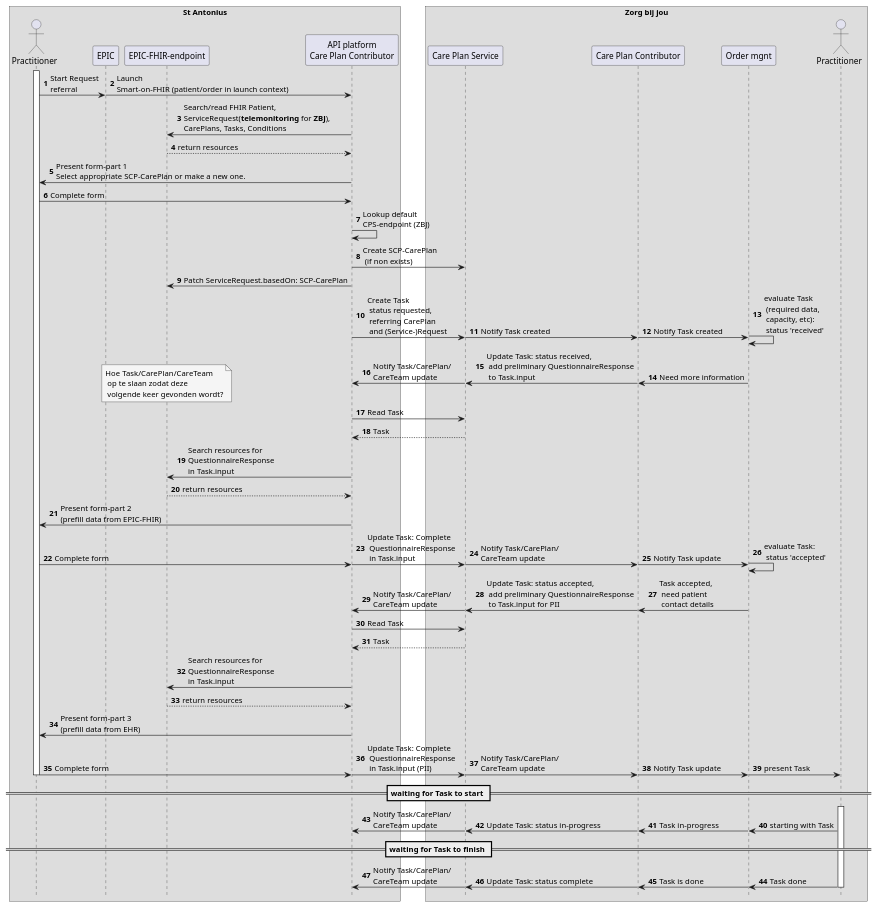
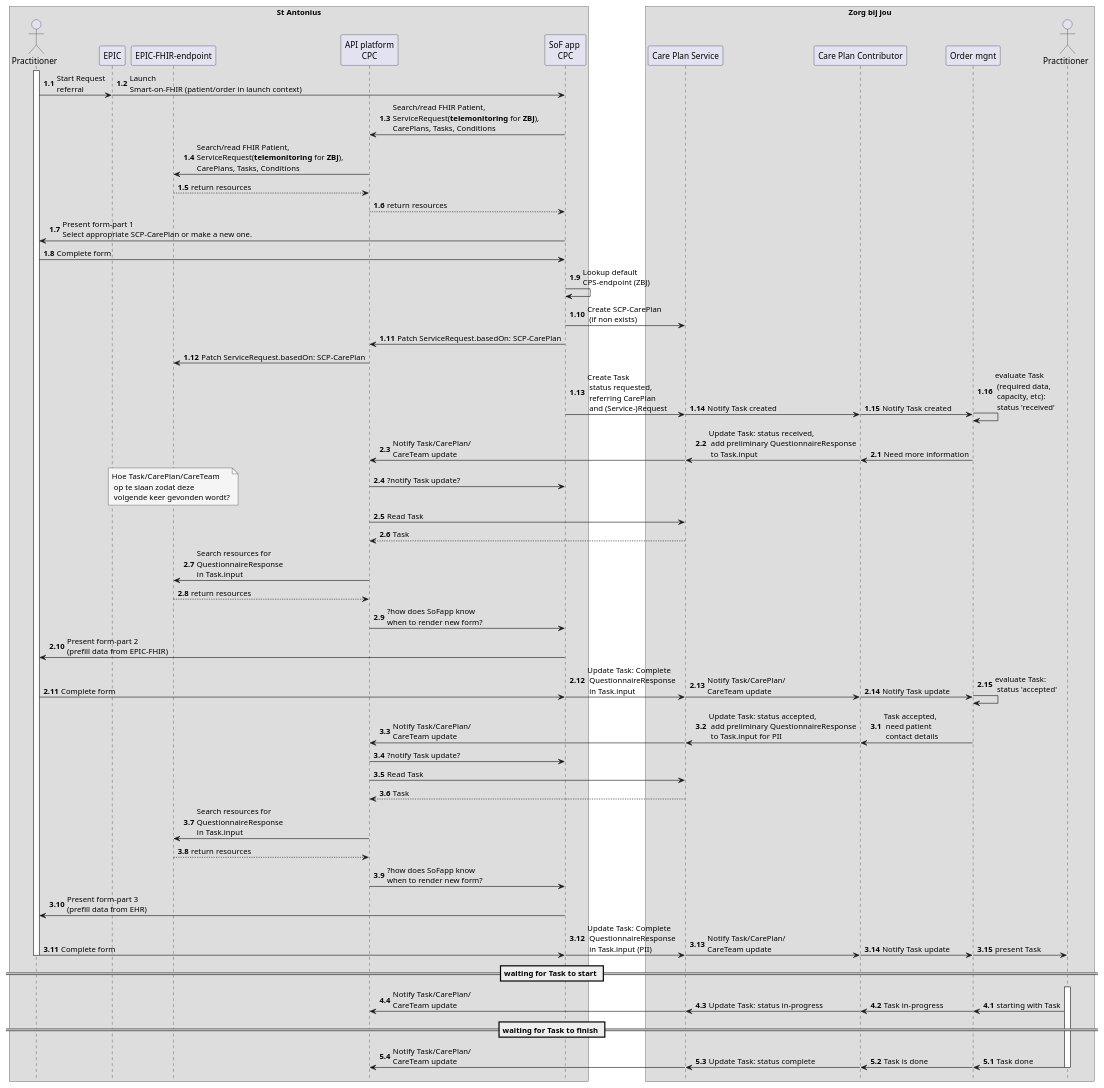
One commit to SanteonNL/shared-care-planning changed the diagram in input/images-source/task-negotiation-overview-1-2-antonius.plantuml. Above: the diagram before and after it, drawn with PlantUML.

Commit message:
inserted participant "SoF app"

```diff
--- a/input/images-source/task-negotiation-overview-1-2-antonius.plantuml
+++ b/input/images-source/task-negotiation-overview-1-2-antonius.plantuml
@@ -1,90 +1,108 @@
 @startuml task-negotiation-overview-1-2
-autonumber
+
 !pragma teoz true
 
 box St Antonius
     actor "Practitioner" as Practitioner1
     participant "EPIC" as EHR1
     participant "EPIC-FHIR-endpoint" as FHIR1
-    participant "API platform\nCare Plan Contributor" as CPC1
+    participant "API platform\nCPC" as CPC1
+    participant "SoF app \nCPC" as SoFapp
 end box
 box Zorg bij jou
     participant "Care Plan Service" as CPS
     participant "Care Plan Contributor" as CPC2
     participant "Order mgnt" as EHR2
     actor "Practitioner" as Practitioner2
 end box
 
 hide footbox
 
+autonumber 1.1
+
 activate Practitioner1
 Practitioner1 -> EHR1 : Start Request\nreferral
-&EHR1 -> CPC1 : Launch\nSmart-on-FHIR (patient/order in launch context)
-
+&EHR1 -> SoFapp : Launch\nSmart-on-FHIR (patient/order in launch context)
+SoFapp -> CPC1 : Search/read FHIR Patient,\nServiceRequest(**telemonitoring** for **ZBJ**),\nCarePlans, Tasks, Conditions 
 CPC1 -> FHIR1 : Search/read FHIR Patient,\nServiceRequest(**telemonitoring** for **ZBJ**),\nCarePlans, Tasks, Conditions
 FHIR1 --> CPC1 : return resources
-CPC1 -> Practitioner1 : <color #black>Present form-part 1\nSelect appropriate SCP-CarePlan or make a new one.
+CPC1 --> SoFapp : return resources
+SoFapp -> Practitioner1 : <color #black>Present form-part 1\nSelect appropriate SCP-CarePlan or make a new one.
 
-Practitioner1 -> CPC1 : <color #black>Complete form
+Practitioner1 -> SoFapp : <color #black>Complete form
 
-CPC1 -> CPC1 : Lookup default\nCPS-endpoint (ZBJ)
-CPC1 -> CPS : Create SCP-CarePlan\n (if non exists)
+SoFapp -> SoFapp : Lookup default\nCPS-endpoint (ZBJ)
+SoFapp -> CPS : Create SCP-CarePlan\n (if non exists)
+SoFapp -> CPC1 : Patch ServiceRequest.basedOn: SCP-CarePlan
 CPC1 -> FHIR1 : Patch ServiceRequest.basedOn: SCP-CarePlan
 
-CPC1 -> CPS : Create Task\n status requested,\n referring CarePlan\n and (Service-)Request
+SoFapp -> CPS : Create Task\n status requested,\n referring CarePlan\n and (Service-)Request
 & CPS -> CPC2  : Notify Task created
 & CPC2 -> EHR2  : Notify Task created
 & EHR2 -> EHR2 : <color #black>evaluate Task\n <color #black>(required data,\n <color #black>capacity, etc):\n <color #black>status 'received'
 
+autonumber inc a
 
 EHR2 -> CPC2 : <color #black>Need more information
 & CPC2 -> CPS  : <color #black>Update Task: status received,\n <color #black>add preliminary QuestionnaireResponse\n <color #black>to Task.input
 & CPS -> CPC1 : <color #black>Notify Task/CarePlan/\nCareTeam update
+CPC1 -> SoFapp : ?notify Task update?
 & note over FHIR1 #WhiteSmoke
 Hoe Task/CarePlan/CareTeam 
  op te slaan zodat deze 
  volgende keer gevonden wordt?
 end note
 CPC1 -> CPS : Read Task
 CPS --> CPC1 : Task
 CPC1 -> FHIR1 : Search resources for\nQuestionnaireResponse\nin Task.input
 FHIR1 --> CPC1 : return resources
+CPC1 -> SoFapp : ?how does SoFapp know \nwhen to render new form?
 
-CPC1 -> Practitioner1 : <color #black>Present form-part 2\n<color #black>(prefill data from EPIC-FHIR)
+SoFapp -> Practitioner1 : <color #black>Present form-part 2\n<color #black>(prefill data from EPIC-FHIR)
 
-Practitioner1 -> CPC1 : <color #black>Complete form
-& CPC1 -> CPS : <color #black>Update Task: Complete\n <color #black>QuestionnaireResponse\n <color #black>in Task.input
+Practitioner1 -> SoFapp : <color #black>Complete form
+& SoFapp -> CPS : <color #black>Update Task: Complete\n <color #black>QuestionnaireResponse\n <color #black>in Task.input
 & CPS -> CPC2 : <color #black>Notify Task/CarePlan/\nCareTeam update
 & CPC2 -> EHR2 : <color #black>Notify Task update
 & EHR2 -> EHR2 : evaluate Task:\n status 'accepted'
 
+autonumber inc a
+
 EHR2 -> CPC2 : Task accepted,\n <color #black>need patient\n <color #black>contact details
 & CPC2 -> CPS : Update Task: status accepted,\n <color #black>add preliminary QuestionnaireResponse\n <color #black>to Task.input for PII
 & CPS -> CPC1 : Notify Task/CarePlan/\nCareTeam update
+CPC1 -> SoFapp : ?notify Task update?
 CPC1 -> CPS : Read Task
 CPS --> CPC1 : Task
 CPC1 -> FHIR1 : Search resources for\nQuestionnaireResponse\nin Task.input
 FHIR1 --> CPC1 : return resources
-CPC1 -> Practitioner1 : <color #black>Present form-part 3\n<color #black>(prefill data from EHR)
+CPC1 -> SoFapp : ?how does SoFapp know \nwhen to render new form?
+SoFapp -> Practitioner1 : <color #black>Present form-part 3\n<color #black>(prefill data from EHR)
 
-Practitioner1 -> CPC1 : <color #black>Complete form
-& CPC1 -> CPS : <color #black>Update Task: Complete\n <color #black>QuestionnaireResponse\n <color #black>in Task.input (PII)
+Practitioner1 -> SoFapp : <color #black>Complete form
+& SoFapp -> CPS : <color #black>Update Task: Complete\n <color #black>QuestionnaireResponse\n <color #black>in Task.input (PII)
 & CPS -> CPC2 : <color #black>Notify Task/CarePlan/\nCareTeam update
 & CPC2 -> EHR2 : <color #black>Notify Task update
 & EHR2 -> Practitioner2 : present Task
 deactivate Practitioner1
 
 == waiting for Task to start ==
+
+autonumber inc a
+
 activate Practitioner2
 Practitioner2 -> EHR2 : starting with Task
 & EHR2 -> CPC2 : Task in-progress
 & CPC2 -> CPS : Update Task: status in-progress
 & CPS -> CPC1 : Notify Task/CarePlan/\nCareTeam update
 
 == waiting for Task to finish ==
+
+autonumber inc a
+
 Practitioner2 -> EHR2 : Task done
 & EHR2 -> CPC2 : Task is done
 & CPC2 -> CPS : Update Task: status complete
 & CPS -> CPC1 : Notify Task/CarePlan/\nCareTeam update
 deactivate Practitioner2
 @enduml
```
